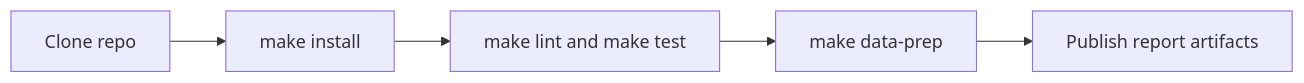
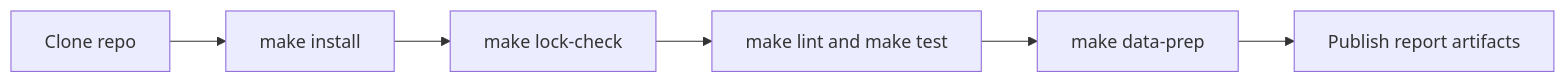
Before and after one commit to bijux/bijux-pollenomics: the diagram in docs/workflows/index.md, drawn with Mermaid. The commit also changed other lines of this file and 2 other files, not shown here.

Commit message:
docs(workflows): align setup guidance with lock validation

````diff
--- a/docs/workflows/index.md
+++ b/docs/workflows/index.md
@@ -16,7 +16,8 @@
 ```mermaid
 flowchart LR
     Checkout[Clone repo] --> Install[make install]
-    Install --> Verify[make lint and make test]
+    Install --> LockCheck[make lock-check]
+    LockCheck --> Verify[make lint and make test]
     Verify --> DataPrep[make data-prep]
     DataPrep --> Reports[Publish report artifacts]
 ```
````
